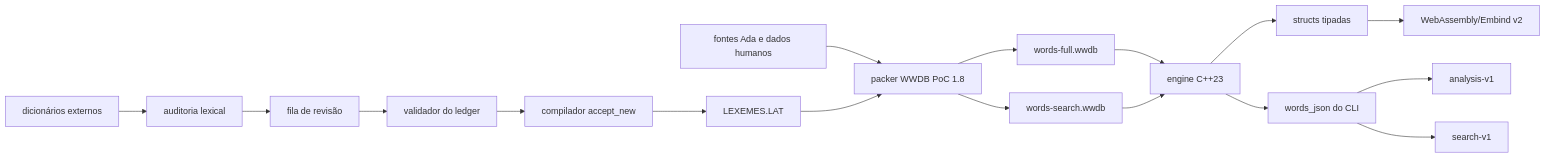
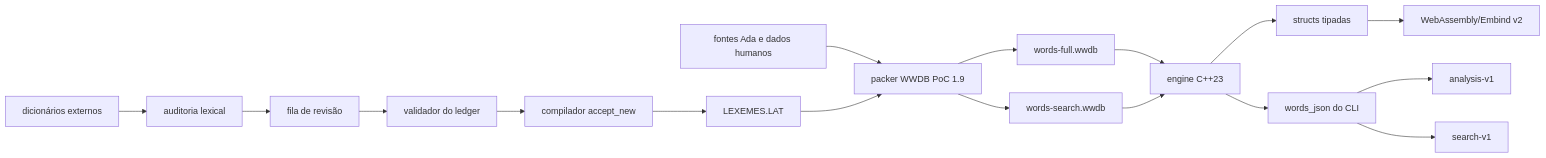
Before and after one commit to Fabio3rs/WordsWASM: the diagram in whitakers-words/docs/estado-implementacao.md, drawn with Mermaid. The commit also changed other lines of this file and 21 other files, not shown here.

````diff
--- a/whitakers-words/docs/estado-implementacao.md
+++ b/whitakers-words/docs/estado-implementacao.md
@@ -35,20 +35,20 @@
 ```mermaid
 flowchart LR
-    A[fontes Ada e dados humanos] --> P[packer WWDB PoC 1.8]
+    A[fontes Ada e dados humanos] --> P[packer WWDB PoC 1.9]
     P --> F[words-full.wwdb]
     P --> SDB[words-search.wwdb]
     F --> E[engine C++23]
     SDB --> E
     E --> T[structs tipadas]
     T --> W[WebAssembly/Embind v2]
     E --> PJ[words_json do CLI]
     PJ --> J1[analysis-v1]
     PJ --> J2[search-v1]
 
     X[dicionários externos] --> AU[auditoria lexical]
     AU --> Q[fila de revisão]
     Q --> V[validador do ledger]
     V --> C[compilador accept_new]
     C --> L[LEXEMES.LAT]
     L --> P
 ```
````
